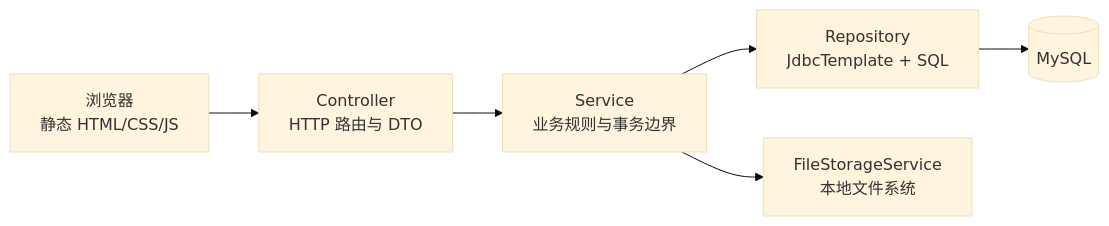
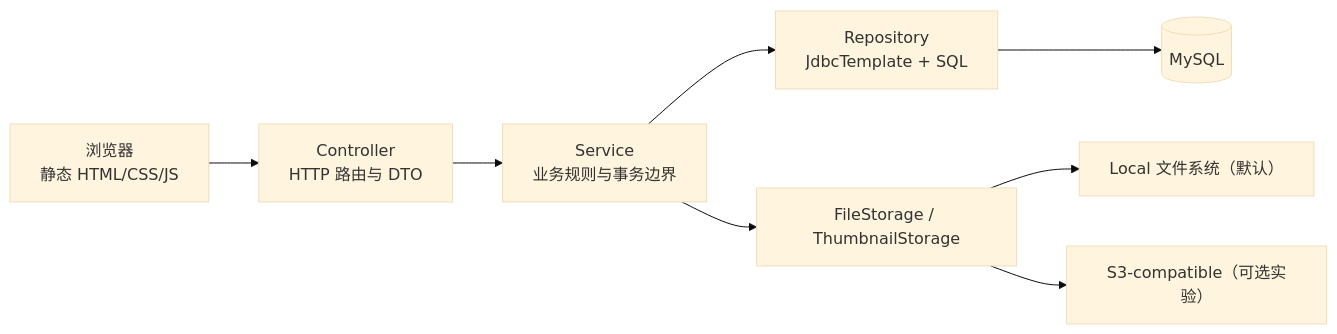
One commit to yuutara/illustration-archive changed the first of 2 diagrams in README.md. Above: the diagram before and after it, drawn with Mermaid (base theme). The commit also changed other lines of this file and 1 other file, not shown here.

````diff
--- a/README.md
+++ b/README.md
@@ -58,8 +58,10 @@
 ```mermaid
 flowchart LR
     Browser["浏览器<br/>静态 HTML/CSS/JS"] --> Controller["Controller<br/>HTTP 路由与 DTO"]
     Controller --> Service["Service<br/>业务规则与事务边界"]
     Service --> Repository["Repository<br/>JdbcTemplate + SQL"]
     Repository --> MySQL[(MySQL)]
-    Service --> Storage["FileStorageService<br/>本地文件系统"]
+    Service --> Storage["FileStorage / ThumbnailStorage"]
+    Storage --> Local["Local 文件系统（默认）"]
+    Storage --> S3["S3-compatible（可选实验）"]
 ```
````
